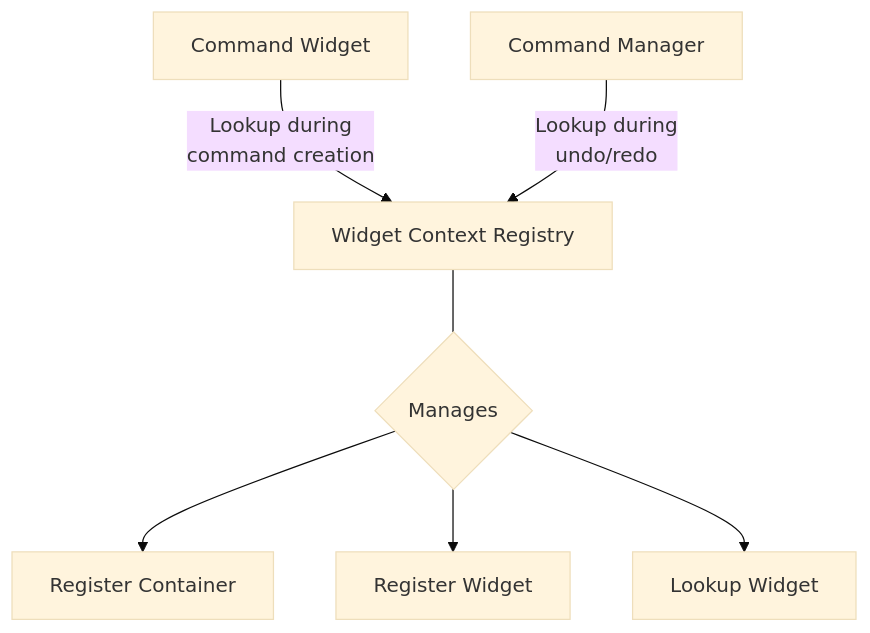
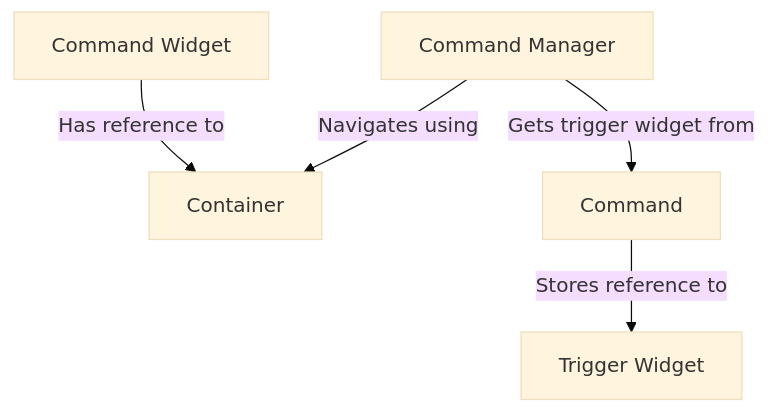
The first of 4 diagrams in command_system/docs/planning.md (maro7tigre/PySignalDecipher), drawn with Mermaid (base theme) before and after one commit. The commit also changed other lines of this file and 8 other files, not shown here.

````diff
--- a/command_system/docs/planning.md
+++ b/command_system/docs/planning.md
@@ -10,10 +10,7 @@
 ```mermaid
 graph TD
-    WCR[Widget Context Registry] --- WM{Manages}
-    WM --> RC[Register Container]
-    WM --> RW[Register Widget]
-    WM --> LW[Lookup Widget]
-    
-    CW[Command Widget] -- "Lookup during\ncommand creation" --> WCR
-    CM[Command Manager] -- "Lookup during\nundo/redo" --> WCR
+    CW[Command Widget] -- "Has reference to" --> Container
+    CMD[Command] -- "Stores reference to" --> TW[Trigger Widget]
+    CM[Command Manager] -- "Gets trigger widget from" --> CMD
+    CM -- "Navigates using" --> Container
 ```
````
